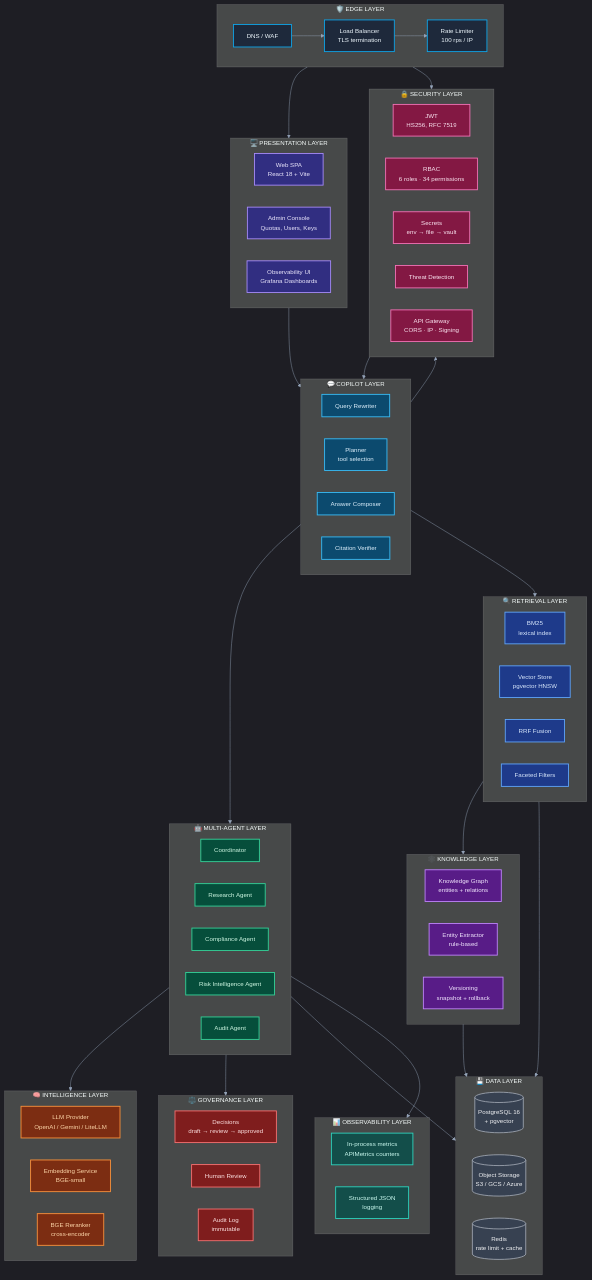
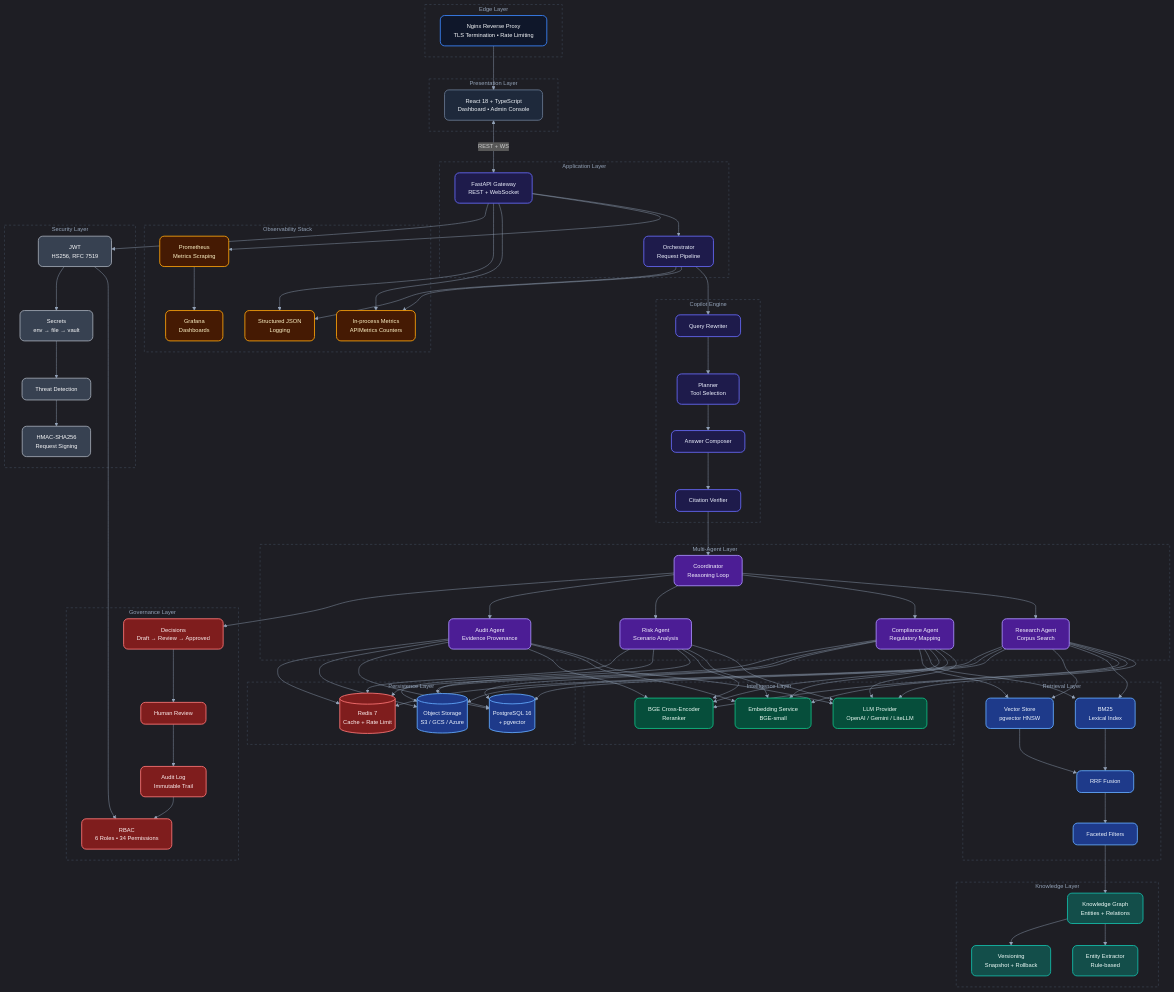
Before and after one commit to VIVEK-MARRI/RegIntel-AI: the first of 3 diagrams in README.md, drawn with Mermaid. The commit also changed other lines of this file, not shown here.

Commit message:
docs: update architecture diagrams to icon-free Mermaid format

````diff
--- a/README.md
+++ b/README.md
@@ -134,126 +134,124 @@
 ```mermaid
-%%{init: {'theme':'dark','themeVariables':{'primaryColor':'#1f2937','primaryTextColor':'#f9fafb','primaryBorderColor':'#6366f1','lineColor':'#94a3b8','fontSize':'14px','fontFamily':'Inter, system-ui, sans-serif'}}}%%
+%%{init: {'theme':'dark','themeVariables':{'primaryColor':'#1f2937','primaryTextColor':'#f9fafb','primaryBorderColor':'#6366f1','lineColor':'#94a3b8','fontSize':'13px','fontFamily':'Inter, system-ui, sans-serif'}}}%%
 flowchart TB
-    %% ─── LAYER 1: EDGE ───────────────────────────────────────────
-    subgraph EDGE["🛡️  EDGE LAYER"]
-        direction LR
-        DNS["DNS / WAF"]:::edge
-        LB["Load Balancer<br/>TLS termination"]:::edge
-        RL["Rate Limiter<br/>100 rps / IP"]:::edge
-        DNS --> LB --> RL
+    classDef edge fill:#0F172A,stroke:#3B82F6,stroke-width:2px,color:#F8FAFC,rx:10,ry:10
+    classDef ui fill:#1E293B,stroke:#64748B,stroke-width:2px,color:#F1F5F9,rx:10,ry:10
+    classDef api fill:#1E1B4B,stroke:#6366F1,stroke-width:2px,color:#EEF2FF,rx:10,ry:10
+    classDef ml fill:#064E3B,stroke:#10B981,stroke-width:2px,color:#ECFDF5,rx:10,ry:10
+    classDef agent fill:#4C1D95,stroke:#A78BFA,stroke-width:2px,color:#F5F3FF,rx:10,ry:10
+    classDef retrieval fill:#1E3A8A,stroke:#60A5FA,stroke-width:2px,color:#EFF6FF,rx:10,ry:10
+    classDef kg fill:#134E4A,stroke:#14B8A6,stroke-width:2px,color:#F0FDFA,rx:10,ry:10
+    classDef gov fill:#7F1D1D,stroke:#F87171,stroke-width:2px,color:#FEF2F2,rx:10,ry:10
+    classDef db fill:#1E3A8A,stroke:#60A5FA,stroke-width:2px,color:#EFF6FF,rx:10,ry:10
+    classDef cache fill:#7F1D1D,stroke:#F87171,stroke-width:2px,color:#FEF2F2,rx:10,ry:10
+    classDef obs fill:#451A03,stroke:#F59E0B,stroke-width:2px,color:#FEF3C7,rx:10,ry:10
+    classDef sec fill:#374151,stroke:#9CA3AF,stroke-width:2px,color:#F9FAFB,rx:10,ry:10
+    classDef cluster fill:none,stroke:#475569,stroke-width:1px,stroke-dasharray:5 5,color:#94A3B8
+
+    subgraph EdgeLayer["Edge Layer"]
+        NG["Nginx Reverse Proxy<br/>TLS Termination • Rate Limiting"]:::edge
     end
 
-    %% ─── LAYER 2: PRESENTATION ─────────────────────────────────
-    subgraph PRESENTATION["🖥️  PRESENTATION LAYER"]
-        direction LR
-        SPA["Web SPA<br/>React 18 + Vite"]:::ui
-        ADMIN["Admin Console<br/>Quotas, Users, Keys"]:::ui
-        OBS_UI["Observability UI<br/>Grafana Dashboards"]:::ui
+    subgraph PresentationLayer["Presentation Layer"]
+        UI["React 18 + TypeScript<br/>Dashboard • Admin Console"]:::ui
     end
 
-    %% ─── LAYER 3: COPILOT ─────────────────────────────────────
-    subgraph COPILOT["💬  COPILOT LAYER"]
-        direction LR
-        REWRITER["Query Rewriter"]:::copilot
-        PLANNER["Planner<br/>tool selection"]:::copilot
-        COMPOSER["Answer Composer"]:::copilot
-        VERIFIER["Citation Verifier"]:::copilot
+    subgraph ApplicationLayer["Application Layer"]
+        API["FastAPI Gateway<br/>REST + WebSocket"]:::api
+        ORCH["Orchestrator<br/>Request Pipeline"]:::api
     end
 
-    %% ─── LAYER 4: MULTI-AGENT ─────────────────────────────────
-    subgraph AGENTS["🤖  MULTI-AGENT LAYER"]
-        direction LR
-        COORD["Coordinator"]:::agent
-        RESEARCH["Research Agent"]:::agent
-        COMPLIANCE["Compliance Agent"]:::agent
-        RISK["Risk Intelligence Agent"]:::agent
-        AUDIT_A["Audit Agent"]:::agent
+    subgraph CopilotEngine["Copilot Engine"]
+        REWRITER["Query Rewriter"]:::api
+        PLANNER["Planner<br/>Tool Selection"]:::api
+        COMPOSER["Answer Composer"]:::api
+        VERIFIER["Citation Verifier"]:::api
     end
 
-    %% ─── LAYER 5: INTELLIGENCE ─────────────────────────────────
-    subgraph INTELLIGENCE["🧠  INTELLIGENCE LAYER"]
-        direction LR
-        LLM["LLM Provider<br/>OpenAI / Gemini / LiteLLM"]:::llm
-        EMBED["Embedding Service<br/>BGE-small"]:::llm
-        RERANK["BGE Reranker<br/>cross-encoder"]:::llm
+    subgraph AgentLayer["Multi-Agent Layer"]
+        COORD["Coordinator<br/>Reasoning Loop"]:::agent
+        RESEARCH["Research Agent<br/>Corpus Search"]:::agent
+        COMPLIANCE["Compliance Agent<br/>Regulatory Mapping"]:::agent
+        RISK["Risk Agent<br/>Scenario Analysis"]:::agent
+        AUDIT["Audit Agent<br/>Evidence Provenance"]:::agent
     end
 
-    %% ─── LAYER 6: RETRIEVAL ────────────────────────────────────
-    subgraph RETRIEVAL["🔍  RETRIEVAL LAYER"]
-        direction LR
-        BM25["BM25<br/>lexical index"]:::retrieval
+    subgraph IntelligenceLayer["Intelligence Layer"]
+        LLM["LLM Provider<br/>OpenAI / Gemini / LiteLLM"]:::ml
+        EMBED["Embedding Service<br/>BGE-small"]:::ml
+        RERANK["BGE Cross-Encoder<br/>Reranker"]:::ml
+    end
+
+    subgraph RetrievalLayer["Retrieval Layer"]
+        BM25["BM25<br/>Lexical Index"]:::retrieval
         VECTOR["Vector Store<br/>pgvector HNSW"]:::retrieval
         FUSION["RRF Fusion"]:::retrieval
-        FILT["Faceted Filters"]:::retrieval
+        FILTERS["Faceted Filters"]:::retrieval
     end
 
-    %% ─── LAYER 7: KNOWLEDGE ────────────────────────────────────
-    subgraph KNOWLEDGE["🕸️  KNOWLEDGE LAYER"]
-        direction LR
-        KG["Knowledge Graph<br/>entities + relations"]:::kg
-        EXTRACT["Entity Extractor<br/>rule-based"]:::kg
-        VERSION["Versioning<br/>snapshot + rollback"]:::kg
+    subgraph KnowledgeLayer["Knowledge Layer"]
+        KG["Knowledge Graph<br/>Entities + Relations"]:::kg
+        EXTRACT["Entity Extractor<br/>Rule-based"]:::kg
+        VERSION["Versioning<br/>Snapshot + Rollback"]:::kg
     end
 
-    %% ─── LAYER 8: GOVERNANCE ───────────────────────────────────
-    subgraph GOVERNANCE["⚖️  GOVERNANCE LAYER"]
-        direction LR
-        DECISIONS["Decisions<br/>draft → review → approved"]:::gov
+    subgraph GovernanceLayer["Governance Layer"]
+        DECISIONS["Decisions<br/>Draft → Review → Approved"]:::gov
         REVIEW["Human Review"]:::gov
-        AUDIT_LOG["Audit Log<br/>immutable"]:::gov
+        AUDIT_LOG["Audit Log<br/>Immutable Trail"]:::gov
+        RBAC["RBAC<br/>6 Roles • 34 Permissions"]:::gov
     end
 
-    %% ─── LAYER 9: DATA ─────────────────────────────────────────
-    subgraph DATA["💾  DATA LAYER"]
-        direction LR
-        PG[("PostgreSQL 16<br/>+ pgvector")]:::data
-        BLOB[("Object Storage<br/>S3 / GCS / Azure")]:::data
-        CACHE[("Redis<br/>rate limit + cache")]:::data
+    subgraph DataLayer["Persistence Layer"]
+        PG[("PostgreSQL 16<br/>+ pgvector")]:::db
+        BLOB[("Object Storage<br/>S3 / GCS / Azure")]:::db
+        CACHE[("Redis 7<br/>Cache + Rate Limit")]:::cache
     end
 
-    %% ─── LAYER 10: OBSERVABILITY ───────────────────────────────
-    subgraph OBS["📊  OBSERVABILITY LAYER"]
-        direction LR
-        METRICS["In-process metrics<br/>APIMetrics counters"]:::obs
-        LOGS["Structured JSON<br/>logging"]:::obs
+    subgraph ObservabilityLayer["Observability Stack"]
+        METRICS["In-process Metrics<br/>APIMetrics Counters"]:::obs
+        LOGS["Structured JSON<br/>Logging"]:::obs
+        PROM["Prometheus<br/>Metrics Scraping"]:::obs
+        GRAF["Grafana<br/>Dashboards"]:::obs
     end
 
-    %% ─── LAYER 11: SECURITY ────────────────────────────────────
-    subgraph SECURITY["🔒  SECURITY LAYER"]
-        direction LR
+    subgraph SecurityLayer["Security Layer"]
         JWT["JWT<br/>HS256, RFC 7519"]:::sec
-        RBAC["RBAC<br/>6 roles · 34 permissions"]:::sec
         SECRETS["Secrets<br/>env → file → vault"]:::sec
         THREAT["Threat Detection"]:::sec
-        APIGW["API Gateway<br/>CORS · IP · Signing"]:::sec
+        SIGNING["HMAC-SHA256<br/>Request Signing"]:::sec
     end
 
-    %% ─── Cross-layer wiring ───────────────────────────────────
-    EDGE --> PRESENTATION
-    PRESENTATION --> COPILOT
-    COPILOT --> AGENTS
-    AGENTS --> INTELLIGENCE
-    COPILOT --> RETRIEVAL
-    RETRIEVAL --> KNOWLEDGE
-    AGENTS --> GOVERNANCE
-    AGENTS --> DATA
-    RETRIEVAL --> DATA
-    KNOWLEDGE --> DATA
-    AGENTS --> OBS
-    COPILOT --> SECRETS
-    EDGE --> APIGW
-    APIGW --> COPILOT
+    %% Cross-layer connections
+    NG --> UI
+    UI <-->|REST + WS| API
+    API --> ORCH
+    ORCH --> REWRITER
+    REWRITER --> PLANNER
+    PLANNER --> COMPOSER
+    COMPOSER --> VERIFIER
+    VERIFIER --> COORD
+    COORD --> RESEARCH & COMPLIANCE & RISK & AUDIT
+    RESEARCH & COMPLIANCE & RISK & AUDIT --> LLM & EMBED & RERANK
+    RESEARCH & COMPLIANCE --> BM25 & VECTOR
+    BM25 & VECTOR --> FUSION
+    FUSION --> FILTERS
+    FILTERS --> KG
+    KG --> EXTRACT & VERSION
+    COORD --> DECISIONS
+    DECISIONS --> REVIEW
+    REVIEW --> AUDIT_LOG
+    AUDIT_LOG --> RBAC
+    RESEARCH & COMPLIANCE & RISK & AUDIT --> PG & BLOB
+    RESEARCH & COMPLIANCE & RISK & AUDIT --> CACHE
+    API --> PROM
+    PROM --> GRAF
+    API & ORCH --> METRICS & LOGS
+    API --> JWT
+    JWT --> RBAC
+    JWT --> SECRETS
+    SECRETS --> THREAT
+    THREAT --> SIGNING
 
-    %% ─── Styling ──────────────────────────────────────────────
-    classDef edge fill:#1e293b,stroke:#0ea5e9,stroke-width:2px,color:#f0f9ff
-    classDef ui fill:#312e81,stroke:#a78bfa,stroke-width:2px,color:#ede9fe
-    classDef copilot fill:#0c4a6e,stroke:#38bdf8,stroke-width:2px,color:#e0f2fe
-    classDef agent fill:#064e3b,stroke:#34d399,stroke-width:2px,color:#d1fae5
-    classDef llm fill:#7c2d12,stroke:#fb923c,stroke-width:2px,color:#fed7aa
-    classDef retrieval fill:#1e3a8a,stroke:#60a5fa,stroke-width:2px,color:#dbeafe
-    classDef kg fill:#581c87,stroke:#c084fc,stroke-width:2px,color:#f3e8ff
-    classDef gov fill:#7f1d1d,stroke:#f87171,stroke-width:2px,color:#fee2e2
-    classDef data fill:#374151,stroke:#9ca3af,stroke-width:2px,color:#f3f4f6
-    classDef obs fill:#134e4a,stroke:#2dd4bf,stroke-width:2px,color:#ccfbf1
-    classDef sec fill:#831843,stroke:#f472b6,stroke-width:2px,color:#fce7f3
+    class EdgeLayer,PresentationLayer,ApplicationLayer,CopilotEngine,AgentLayer,IntelligenceLayer,RetrievalLayer,KnowledgeLayer,GovernanceLayer,DataLayer,ObservabilityLayer,SecurityLayer cluster
 ```
````
